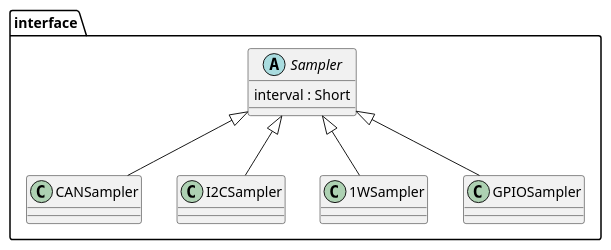
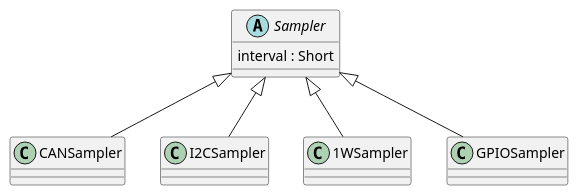
Before and after one commit to beerfactory/brewbox-uml: the diagram in src/class/include/sampler.iuml, drawn with PlantUML. The commit also changed 133 other files, not shown here.

```diff
--- a/src/class/include/sampler.iuml
+++ b/src/class/include/sampler.iuml
@@ -1,26 +1,24 @@
-package interface {
-	abstract class Sampler {
-		interval : Short
-	}
+abstract class Sampler {
+	interval : Short
+}
 
-	class CANSampler {
+class CANSampler {
 
-	}	
+}	
 
-	class I2CSampler {
-	
-	}	
+class I2CSampler {
 
-	class 1WSampler {
-	
-	}	
+}	
 
-	class GPIOSampler {
-	
-	}	
-}
+class 1WSampler {
+
+}	
+
+class GPIOSampler {
+
+}	
 
 Sampler <|-- CANSampler
 Sampler <|-- I2CSampler
 Sampler <|-- 1WSampler
 Sampler <|-- GPIOSampler
```
